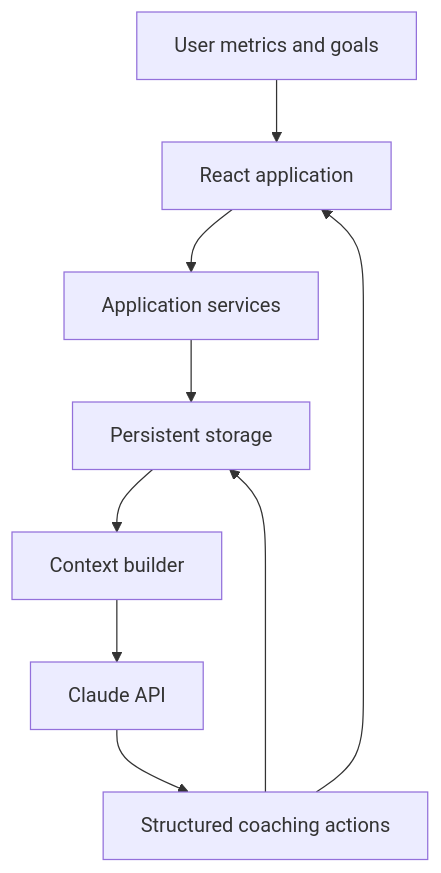
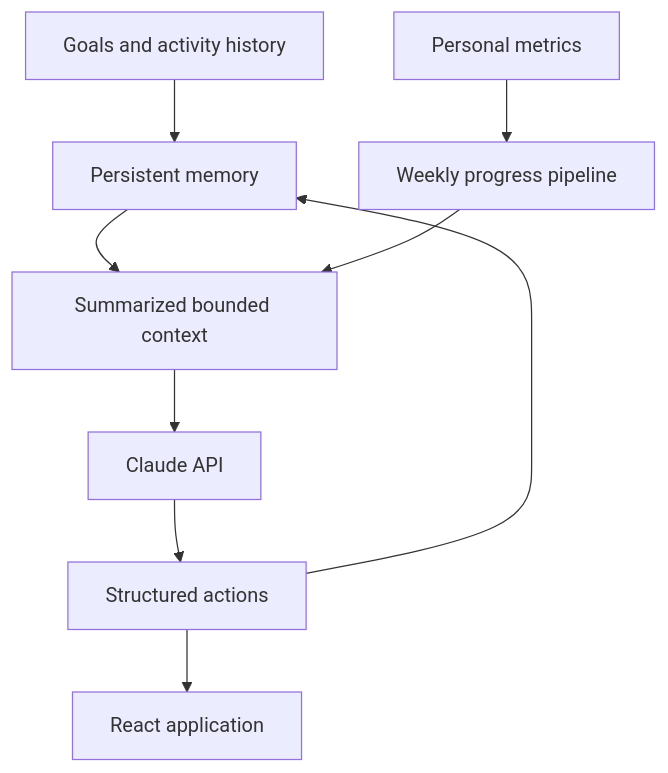
The diagram in README.md (danielmasp/ai-personal-coaching-agent), drawn with Mermaid before and after one commit. The commit also changed other lines of this file, not shown here.

````diff
--- a/README.md
+++ b/README.md
@@ -21,11 +23,11 @@
 ```mermaid
 flowchart TD
-    A[User metrics and goals] --> B[React application]
-    B --> C[Application services]
-    C --> D[Persistent storage]
-    D --> E[Context builder]
+    A[Goals and activity history] --> B[Persistent memory]
+    C[Personal metrics] --> D[Weekly progress pipeline]
+    B --> E[Summarized bounded context]
+    D --> E
     E --> F[Claude API]
-    F --> G[Structured coaching actions]
+    F --> G[Structured actions]
+    G --> H[React application]
     G --> B
-    G --> D
 ```
````
